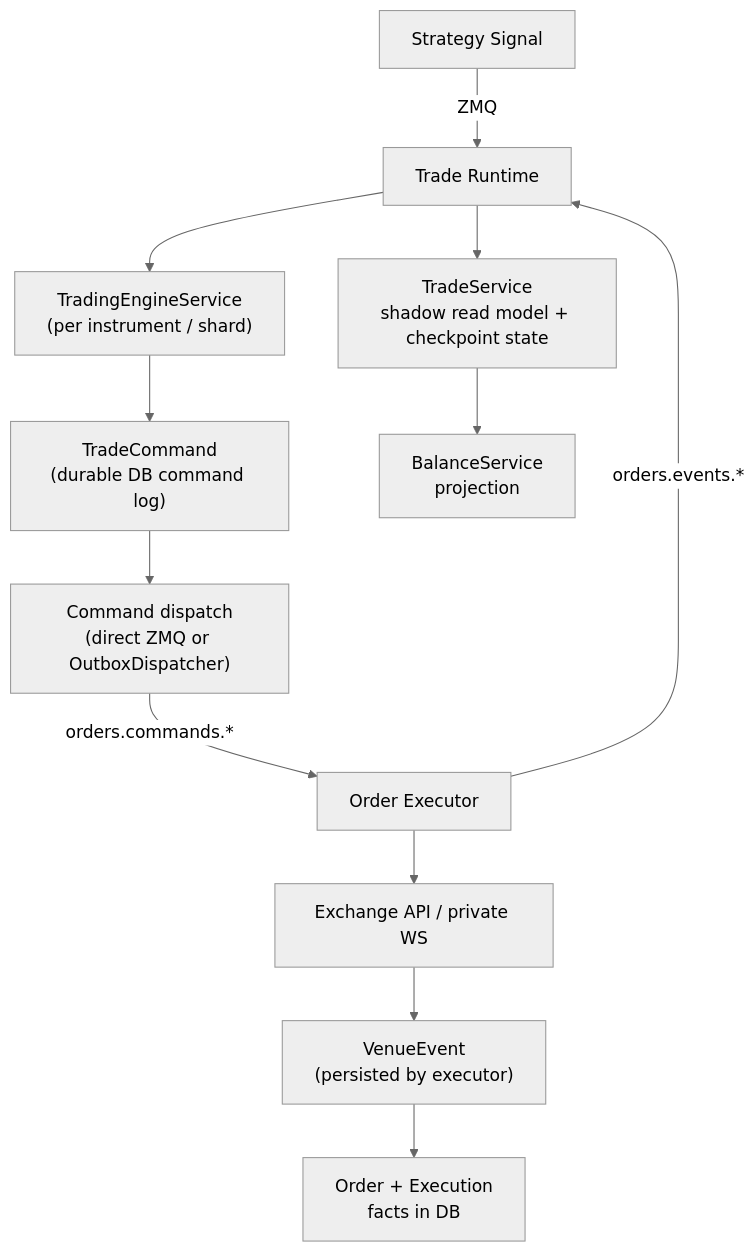
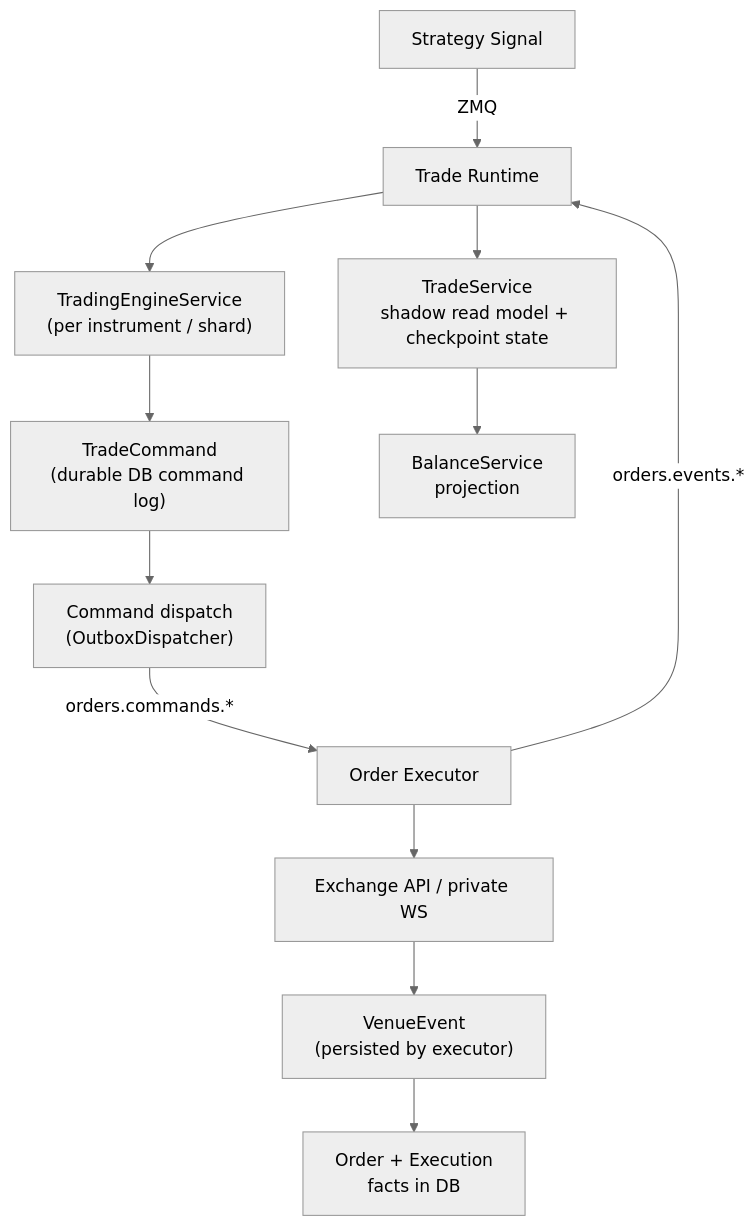
Before and after one commit to mateusz-klatt/snapper: the fourth of 5 diagrams in docs/architecture.md, drawn with Mermaid (neutral theme). The commit also changed other lines of this file and 15 other files, not shown here.

````diff
--- a/docs/architecture.md
+++ b/docs/architecture.md
@@ -338,14 +338,14 @@
 ```mermaid
 flowchart TB
     Signal["Strategy Signal"] -->|ZMQ| Runtime["Trade Runtime"]
     Runtime --> Engine["TradingEngineService\n(per instrument / shard)"]
     Engine --> Command["TradeCommand\n(durable DB command log)"]
-    Command --> Dispatch["Command dispatch\n(direct ZMQ or OutboxDispatcher)"]
+    Command --> Dispatch["Command dispatch\n(OutboxDispatcher)"]
     Dispatch -->|orders.commands.*| Executor["Order Executor"]
     Executor --> Exchange["Exchange API / private WS"]
     Exchange --> VenueEvent["VenueEvent\n(persisted by executor)"]
     VenueEvent --> Facts["Order + Execution\nfacts in DB"]
     Executor -->|orders.events.*| Runtime
     Runtime --> Trade["TradeService\nshadow read model + checkpoint state"]
     Trade --> Balance["BalanceService\nprojection"]
 ```
````
